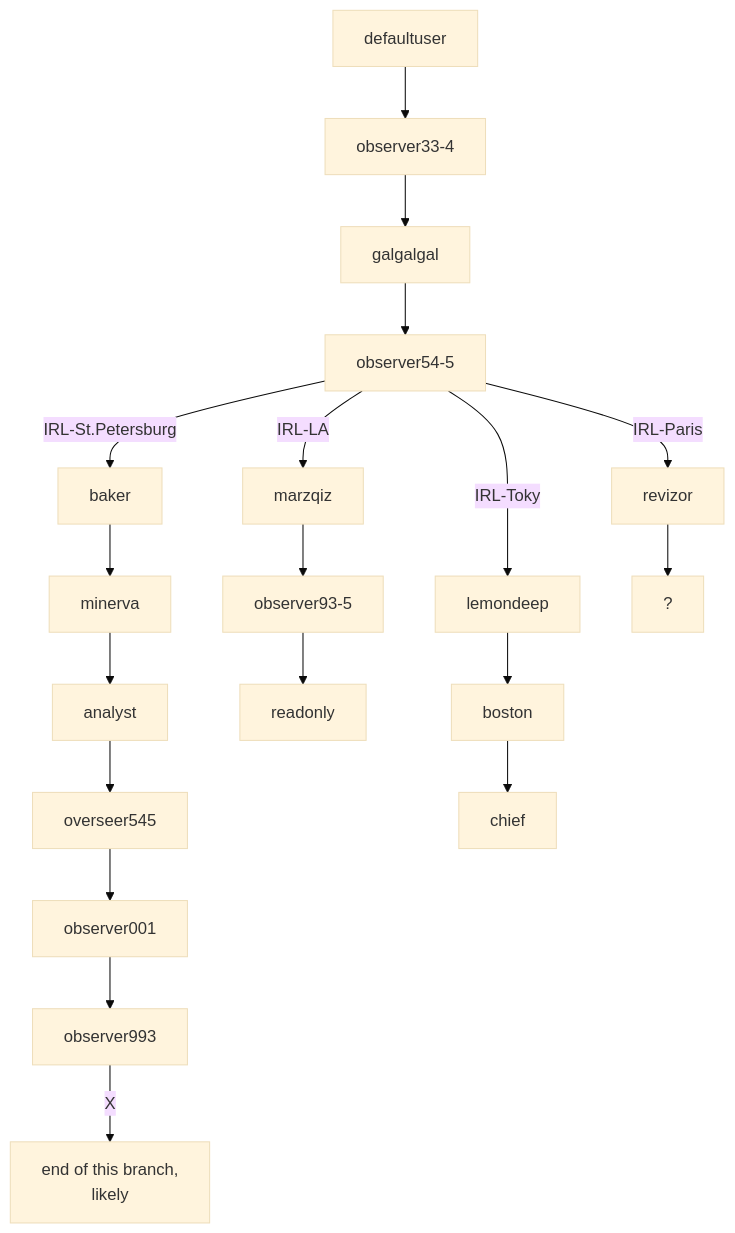
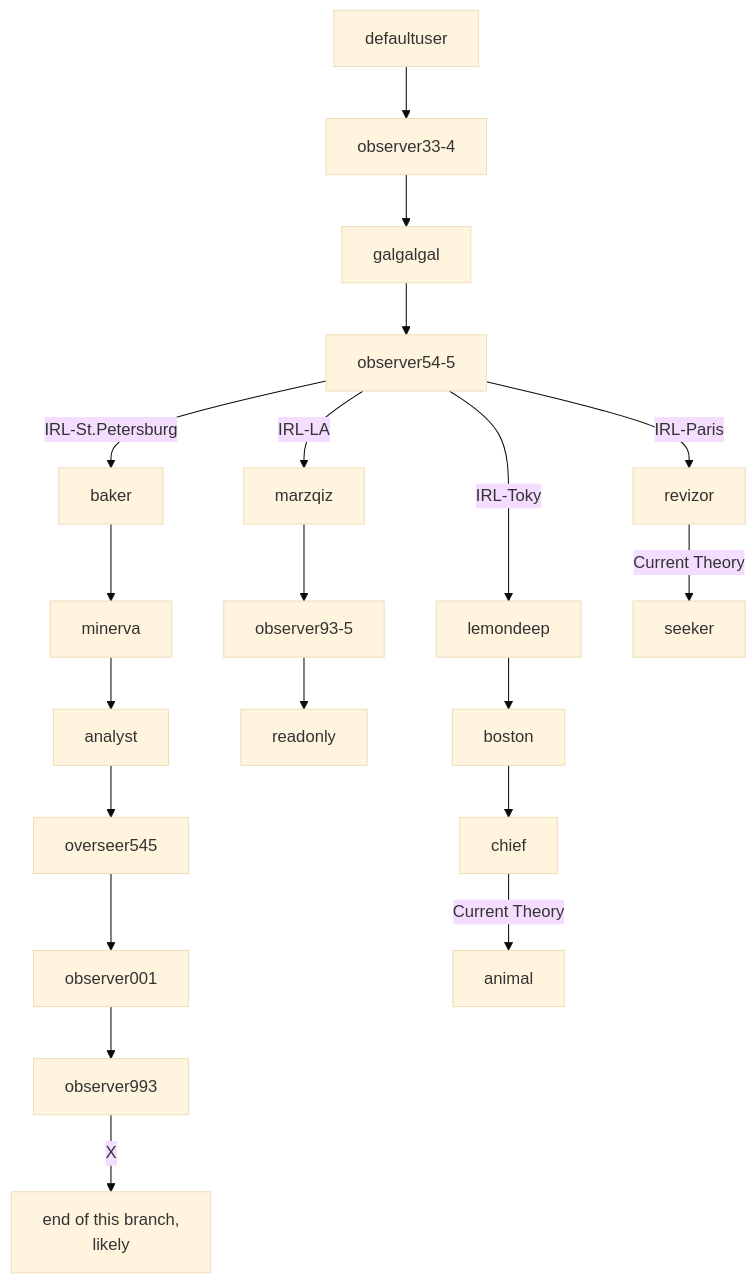
The diagram in README.md (Philsie/ARRS-documentation), drawn with Mermaid (base theme) before and after one commit.

````diff
--- a/README.md
+++ b/README.md
@@ -25,21 +25,22 @@
 ```mermaid
 graph TD;
     defaultuser-->observer33-4;
     observer33-4-->galgalgal;
     galgalgal-->observer54-5;
     observer54-5--IRL-Paris-->revizor;
     observer54-5--IRL-LA-->marzqiz;
     observer54-5--IRL-St.Petersburg-->baker;
     observer54-5--IRL-Tokyo-->lemondeep;
     baker-->minerva;
     minerva-->analyst;
     analyst-->overseer545;
     overseer545-->observer001;
     observer001-->observer993;
     observer993--X-->russiaEnd["end of this branch,\n likely"];
     marzqiz-->observer93-5;
     observer93-5-->readonly;
-    revizor-->?;
+    revizor--Current Theory-->seeker;
     lemondeep-->boston;
     boston-->chief;
+    chief--Current Theory-->animal;
 ```
````
